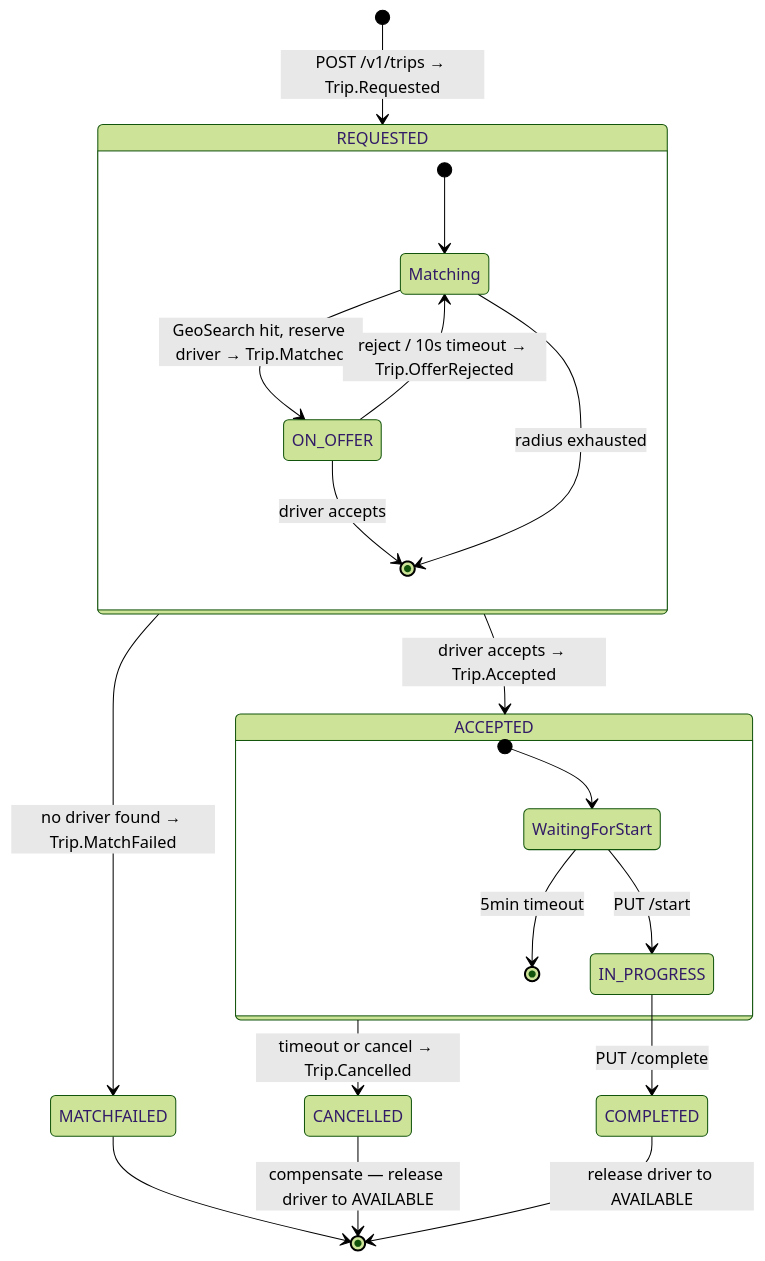
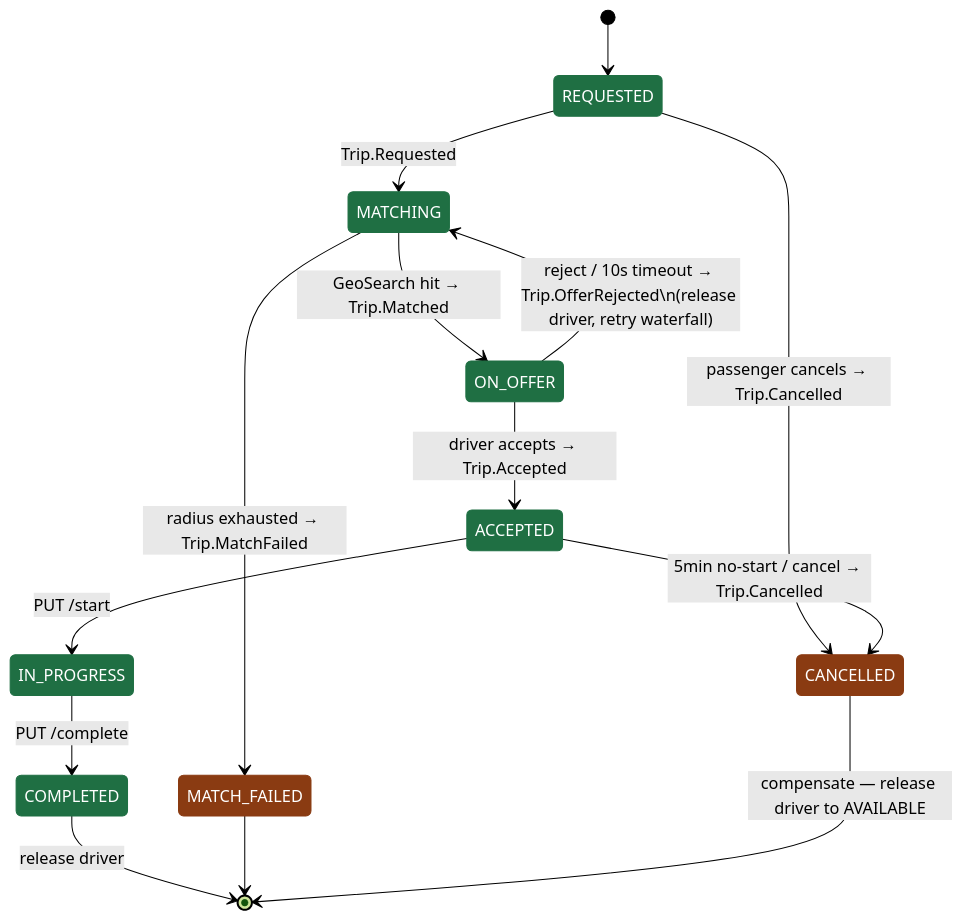
The second of 2 diagrams in README.md (Ama2352/vroom-services), drawn with Mermaid (forest theme) before and after one commit. The commit also changed other lines of this file, not shown here.

Commit message:
docs: redesign Outbox and Saga diagrams for depth and clarity
Outbox: was a shallow 3-node PENDING->PUBLISHED chain that didn't show
the actual guarantee (atomic write). Now uses a fork/join to show the
trips + outbox_events rows being written in the same transaction
before the async publish step.

Saga: was a long, monochrome diagram with the happy path buried inside
nested composite states, making the compensation branches hard to spot.
Flattened the nesting and color-coded happy-path states green vs.
compensation/terminal-failure states orange (classDef/class), so the
two flows are visually distinct at a glance.

````diff
--- a/README.md
+++ b/README.md
@@ -54,28 +71,24 @@
 ```mermaid
 stateDiagram-v2
-    [*] --> REQUESTED: POST /v1/trips → Trip.Requested
+    classDef happy fill:#1f6f43,color:#fff,stroke:#1f6f43
+    classDef stop fill:#8a3b12,color:#fff,stroke:#8a3b12
 
-    state REQUESTED {
-        [*] --> Matching
-        Matching --> ON_OFFER: GeoSearch hit, reserve driver → Trip.Matched
-        ON_OFFER --> Matching: reject / 10s timeout → Trip.OfferRejected
-        ON_OFFER --> [*]: driver accepts
-        Matching --> [*]: radius exhausted
-    }
+    [*] --> REQUESTED
+    REQUESTED --> MATCHING: Trip.Requested
+    MATCHING --> ON_OFFER: GeoSearch hit → Trip.Matched
+    ON_OFFER --> ACCEPTED: driver accepts → Trip.Accepted
+    ACCEPTED --> IN_PROGRESS: PUT /start
+    IN_PROGRESS --> COMPLETED: PUT /complete
+    COMPLETED --> [*]: release driver
 
-    REQUESTED --> MATCHFAILED: no driver found → Trip.MatchFailed
-    REQUESTED --> ACCEPTED: driver accepts → Trip.Accepted
+    ON_OFFER --> MATCHING: reject / 10s timeout → Trip.OfferRejected\n(release driver, retry waterfall)
+    MATCHING --> MATCH_FAILED: radius exhausted → Trip.MatchFailed
+    REQUESTED --> CANCELLED: passenger cancels → Trip.Cancelled
+    ACCEPTED --> CANCELLED: 5min no-start / cancel → Trip.Cancelled
 
-    state ACCEPTED {
-        [*] --> WaitingForStart
-        WaitingForStart --> IN_PROGRESS: PUT /start
-        WaitingForStart --> [*]: 5min timeout
-    }
+    MATCH_FAILED --> [*]
+    CANCELLED --> [*]: compensate — release driver to AVAILABLE
 
-    ACCEPTED --> CANCELLED: timeout or cancel → Trip.Cancelled
-    IN_PROGRESS --> COMPLETED: PUT /complete
-
-    MATCHFAILED --> [*]
-    CANCELLED --> [*]: compensate — release driver to AVAILABLE
-    COMPLETED --> [*]: release driver to AVAILABLE
+    class REQUESTED,MATCHING,ON_OFFER,ACCEPTED,IN_PROGRESS,COMPLETED happy
+    class MATCH_FAILED,CANCELLED stop
 ```
````
